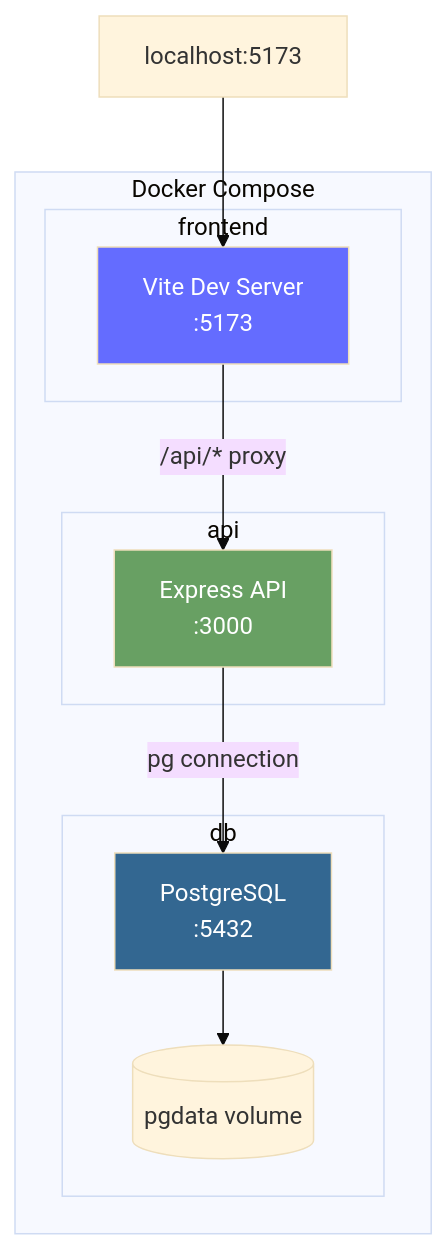
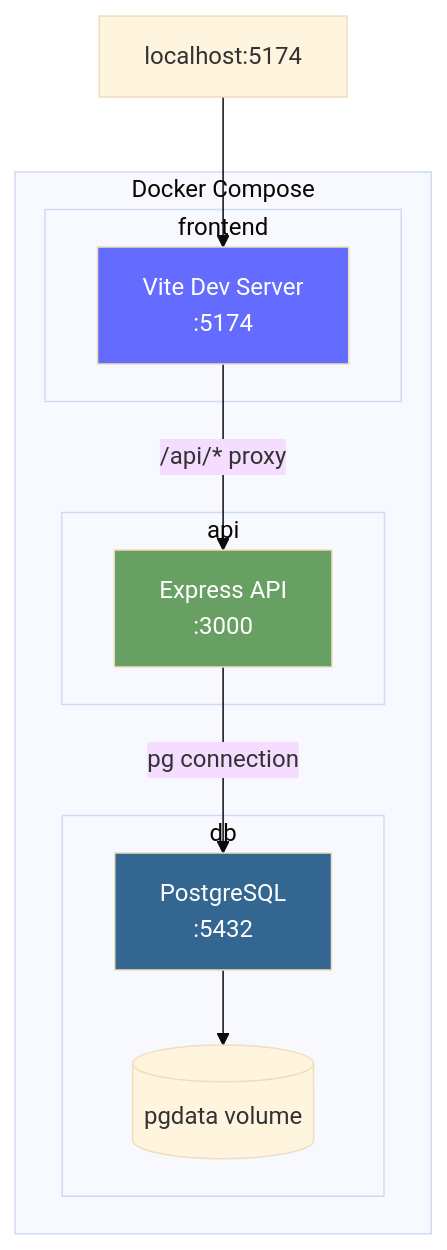
One commit to amanganello/membership-management-app changed the second of 3 diagrams in ARCHITECTURE.md. Above: the diagram before and after it, drawn with Mermaid (base theme). The commit also changed other lines of this file and 11 other files, not shown here.

````diff
--- a/ARCHITECTURE.md
+++ b/ARCHITECTURE.md
@@ -87,26 +87,26 @@
 ```mermaid
 graph TB
     subgraph "Docker Compose"
         subgraph "frontend"
-            VITE["Vite Dev Server<br/>:5173"]
+            VITE["Vite Dev Server<br/>:5174"]
         end
         
         subgraph "api"
             EXPRESS["Express API<br/>:3000"]
         end
         
         subgraph "db"
             PG["PostgreSQL<br/>:5432"]
             VOL[("pgdata volume")]
         end
     end
     
-    BROWSER["localhost:5173"] --> VITE
+    BROWSER["localhost:5174"] --> VITE
     VITE -->|"/api/* proxy"| EXPRESS
     EXPRESS -->|"pg connection"| PG
     PG --> VOL
 
     style VITE fill:#646cff,color:#fff
     style EXPRESS fill:#68a063,color:#fff
     style PG fill:#336791,color:#fff
 ```
````
